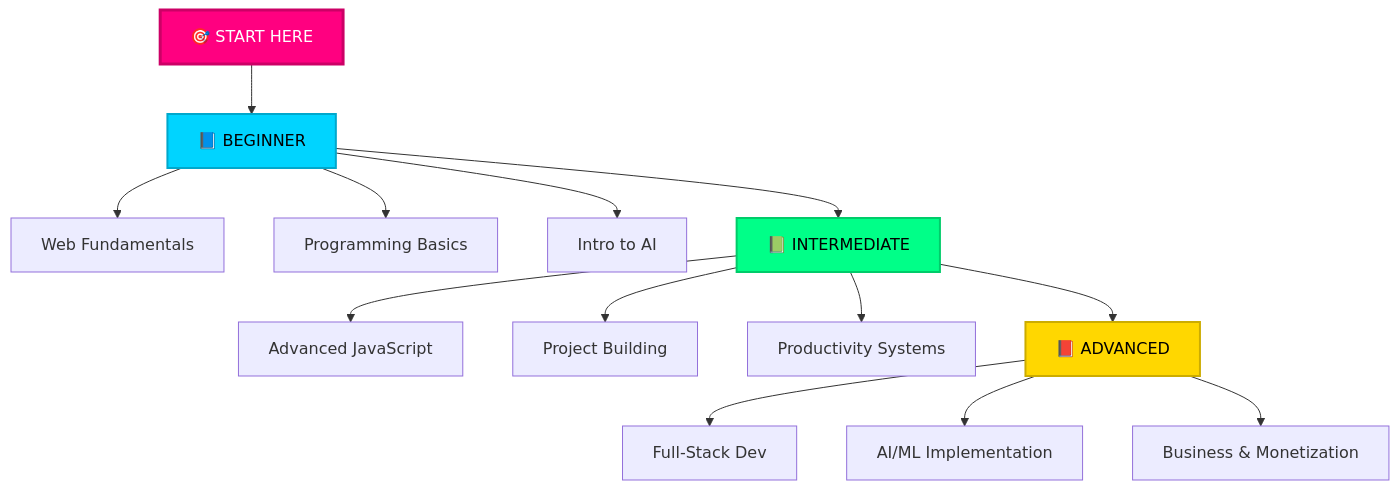
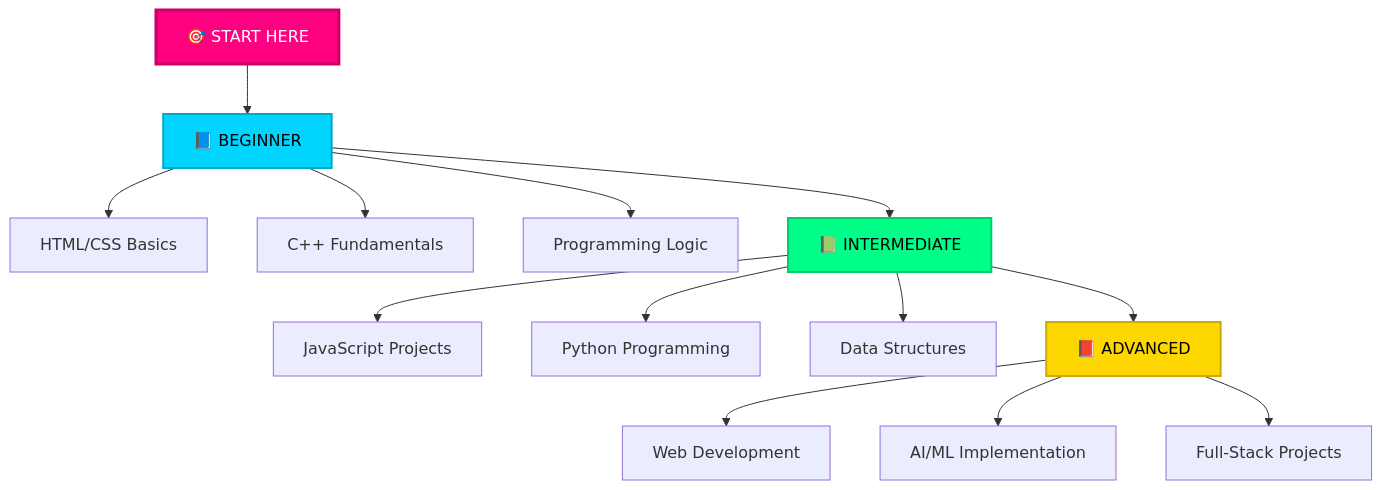
The third of 3 diagrams in README.md (dojicreates/dojicreates), drawn with Mermaid before and after one commit. The commit also changed other lines of this file, not shown here.

````diff
--- a/README.md
+++ b/README.md
@@ -379,22 +384,22 @@
 ```mermaid
 graph TD
     START[🎯 START HERE] --> A[📘 BEGINNER]
-    A --> A1[Web Fundamentals]
-    A --> A2[Programming Basics]
-    A --> A3[Intro to AI]
+    A --> A1[HTML/CSS Basics]
+    A --> A2[C++ Fundamentals]
+    A --> A3[Programming Logic]
     
     A --> B[📗 INTERMEDIATE]
-    B --> B1[Advanced JavaScript]
-    B --> B2[Project Building]
-    B --> B3[Productivity Systems]
+    B --> B1[JavaScript Projects]
+    B --> B2[Python Programming]
+    B --> B3[Data Structures]
     
     B --> C[📕 ADVANCED]
-    C --> C1[Full-Stack Dev]
+    C --> C1[Web Development]
     C --> C2[AI/ML Implementation]
-    C --> C3[Business & Monetization]
+    C --> C3[Full-Stack Projects]
     
     style START fill:#ff0080,stroke:#cc0066,stroke-width:3px,color:#fff
     style A fill:#00d4ff,stroke:#00a8cc,stroke-width:2px,color:#000
     style B fill:#00ff88,stroke:#00cc6a,stroke-width:2px,color:#000
     style C fill:#ffd700,stroke:#ccac00,stroke-width:2px,color:#000
 ```
````
